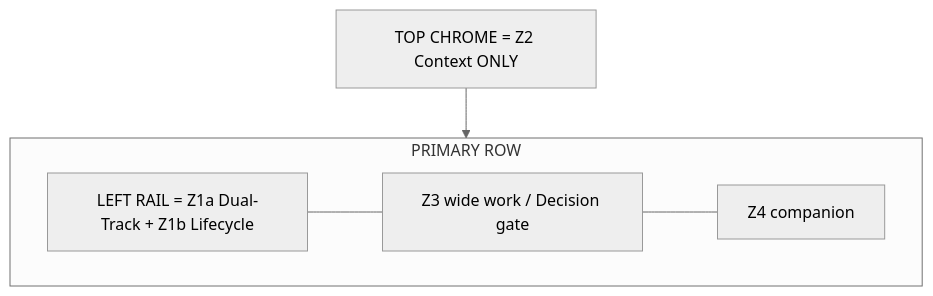
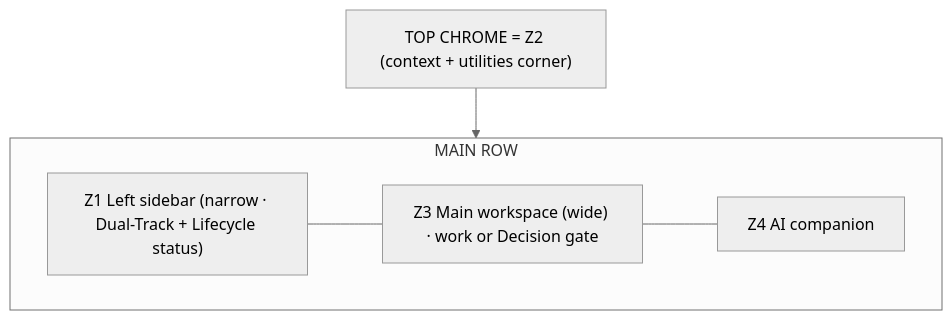
Before and after one commit to d-dragon/dp-stock-investment-assistant: the fourth of 4 diagrams in docs/system/CONCEPTUAL_IA_MAP.md, drawn with Mermaid (neutral theme). The commit also changed other lines of this file and 11 other files, not shown here.

````diff
--- a/docs/system/CONCEPTUAL_IA_MAP.md
+++ b/docs/system/CONCEPTUAL_IA_MAP.md
@@ -324,12 +263,12 @@
 ```mermaid
 flowchart TB
-  top["TOP CHROME = Z2 Context ONLY"]
-  subgraph primary["PRIMARY ROW"]
-    left["LEFT RAIL = Z1a Dual-Track + Z1b Lifecycle"]
-    center["Z3 wide work / Decision gate"]
-    aide["Z4 companion"]
+  top["TOP CHROME = Z2 (context + utilities corner)"]
+  subgraph row["MAIN ROW"]
+    left["Z1 Left sidebar (narrow · Dual-Track + Lifecycle status)"]
+    center["Z3 Main workspace (wide) · work or Decision gate"]
+    helper["Z4 AI companion"]
   end
-  top --> primary
+  top --> row
   left --- center
-  center --- aide
+  center --- helper
 ```
````
